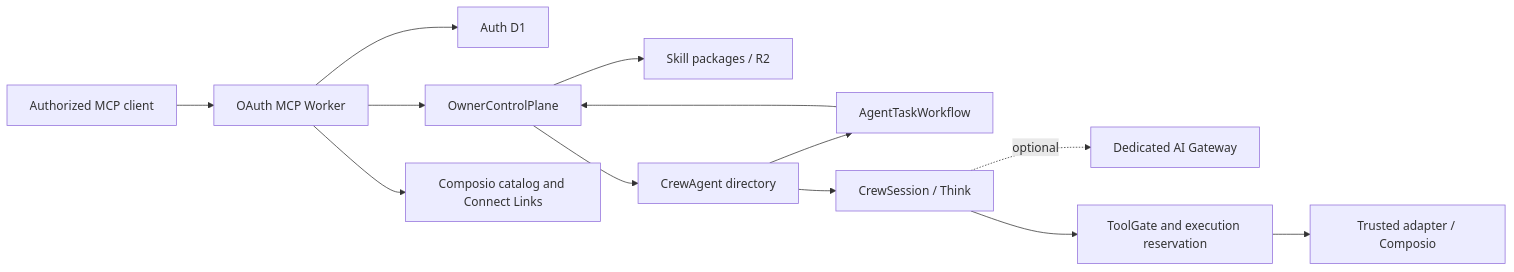
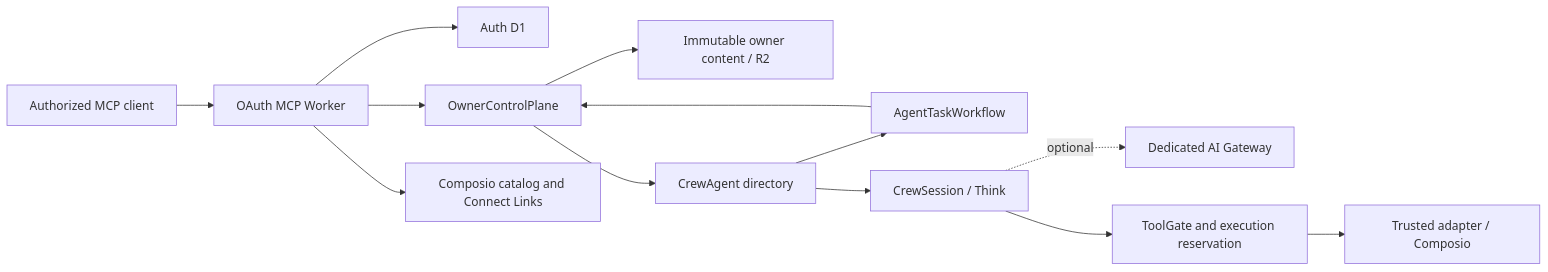
Before and after one commit to fkrein1/crewhelm: the diagram in docs/architecture/system.md, drawn with Mermaid. The commit also changed other lines of this file and 42 other files, not shown here.

````diff
--- a/docs/architecture/system.md
+++ b/docs/architecture/system.md
@@ -11,15 +11,15 @@
 ```mermaid
 flowchart LR
     MCP["Authorized MCP client"] --> Worker["OAuth MCP Worker"]
     Worker --> Auth["Auth D1"]
     Worker --> Owner["OwnerControlPlane"]
-    Owner --> Skills["Skill packages / R2"]
+    Owner --> Content["Immutable owner content / R2"]
     Owner --> Agent["CrewAgent directory"]
     Agent --> Workflow["AgentTaskWorkflow"]
     Workflow --> Owner
     Agent --> Session["CrewSession / Think"]
     Session -. optional .-> Gateway["Dedicated AI Gateway"]
     Worker --> Catalog["Composio catalog and Connect Links"]
     Session --> Gate["ToolGate and execution reservation"]
     Gate --> Composio["Trusted adapter / Composio"]
 ```
````
